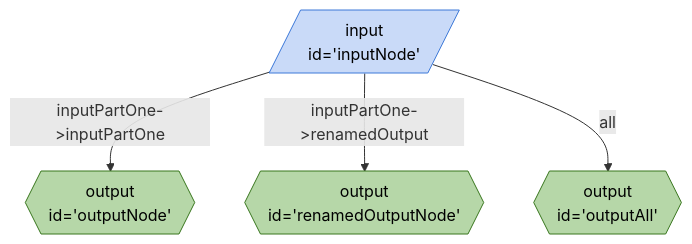
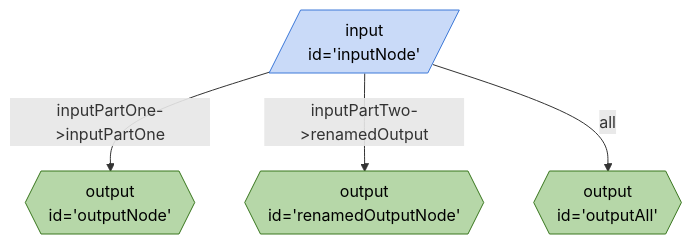
Before and after one commit to GoogleChromeLabs/breadboard-samples: the diagram in samples/Breadboard Walkthrough/output/naming-wiring-parameters.ts.md, drawn with Mermaid. The commit also changed other lines of this file and 2 other files, not shown here.

Commit message:
Minor rename + standardisation

````diff
--- a/samples/Breadboard Walkthrough/output/naming-wiring-parameters.ts.md
+++ b/samples/Breadboard Walkthrough/output/naming-wiring-parameters.ts.md
@@ -3,15 +3,15 @@
 ```mermaid
 %%{init: 'themeVariables': { 'fontFamily': 'Fira Code, monospace' }}%%
 graph TD;
 inputNode[/"input <br> id='inputNode'"/]:::input -- "inputPartOne->inputPartOne" --> outputNode{{"output <br> id='outputNode'"}}:::output
-inputNode[/"input <br> id='inputNode'"/]:::input -- "inputPartOne->renamedOutput" --> renamedOutputNode{{"output <br> id='renamedOutputNode'"}}:::output
+inputNode[/"input <br> id='inputNode'"/]:::input -- "inputPartTwo->renamedOutput" --> renamedOutputNode{{"output <br> id='renamedOutputNode'"}}:::output
 inputNode[/"input <br> id='inputNode'"/]:::input -- all --> outputAll{{"output <br> id='outputAll'"}}:::output
 classDef default stroke:#ffab40,fill:#fff2ccff,color:#000
 classDef input stroke:#3c78d8,fill:#c9daf8ff,color:#000
 classDef output stroke:#38761d,fill:#b6d7a8ff,color:#000
 classDef passthrough stroke:#a64d79,fill:#ead1dcff,color:#000
 classDef slot stroke:#a64d79,fill:#ead1dcff,color:#000
 classDef config stroke:#a64d79,fill:#ead1dcff,color:#000
 classDef secrets stroke:#db4437,fill:#f4cccc,color:#000
 classDef slotted stroke:#a64d79
 ```
````
